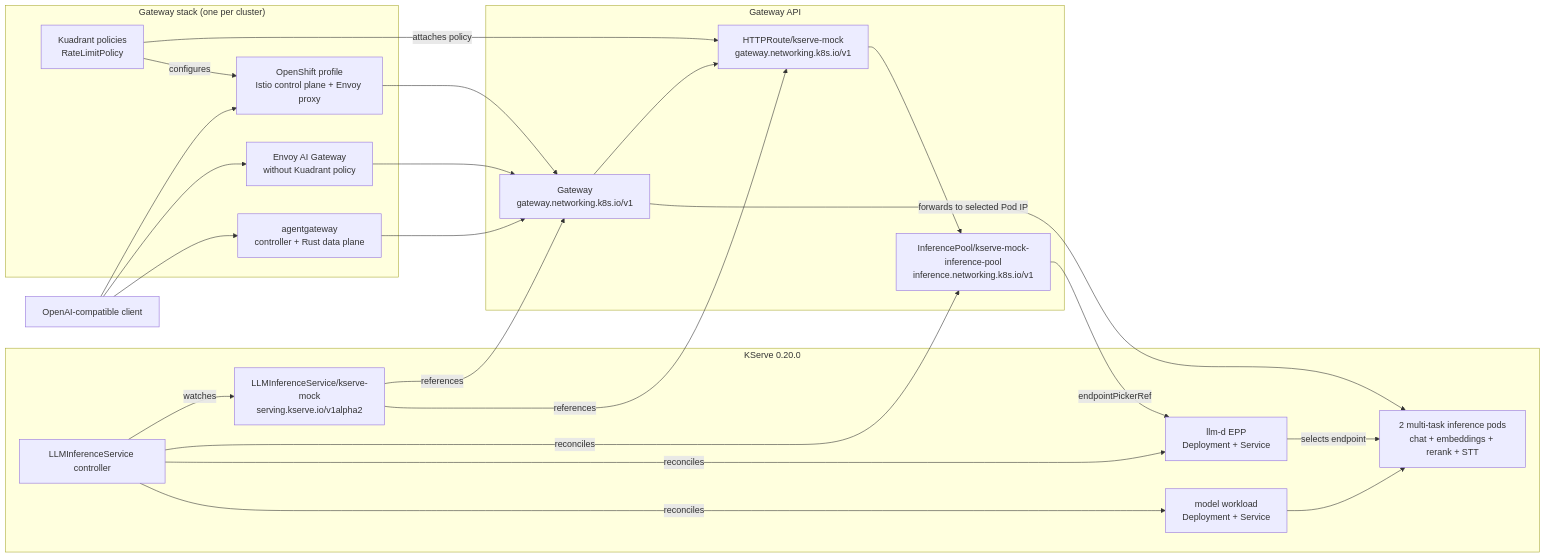
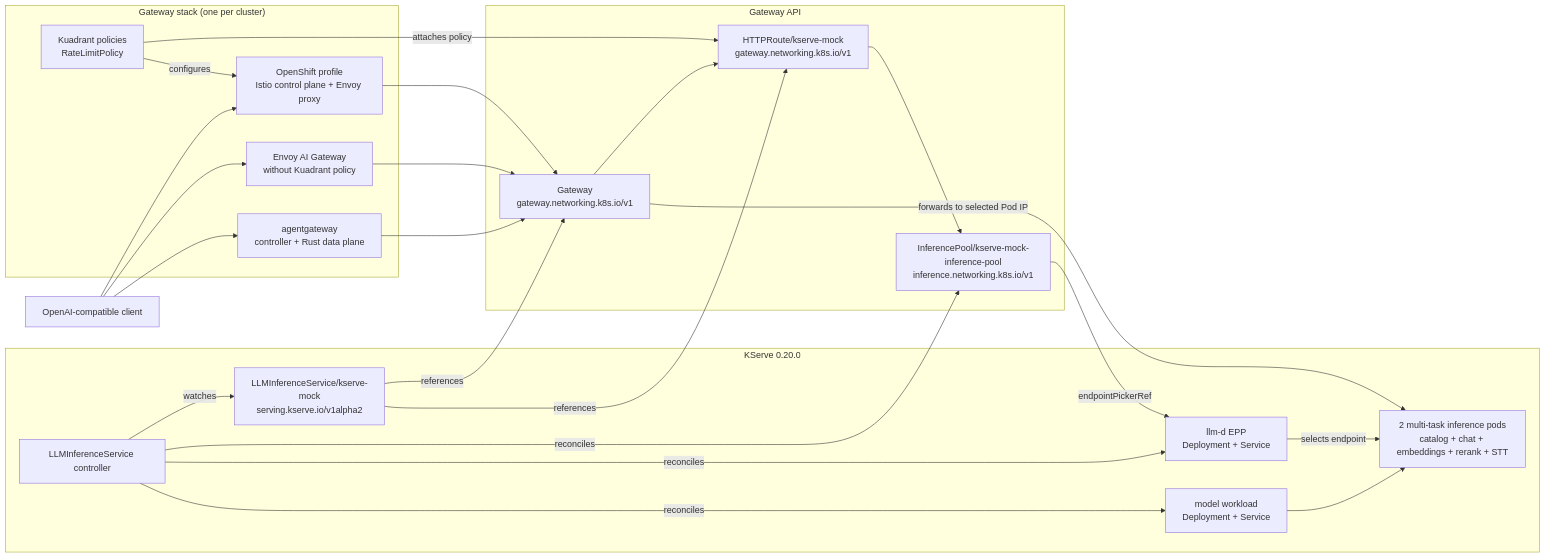
The diagram in README.md (nolimitkun/ai-gateway), drawn with Mermaid before and after one commit. The commit also changed other lines of this file and 15 other files, not shown here.

````diff
--- a/README.md
+++ b/README.md
@@ -180,47 +324,47 @@
 ```mermaid
 flowchart LR
   CLIENT["OpenAI-compatible client"]
 
   subgraph Gateways["Gateway stack (one per cluster)"]
     KU["Kuadrant policies<br/>RateLimitPolicy"]
     KUOS["OpenShift profile<br/>Istio control plane + Envoy proxy"]
     EAIG["Envoy AI Gateway<br/>without Kuadrant policy"]
     AG["agentgateway<br/>controller + Rust data plane"]
   end
 
   subgraph GatewayAPI["Gateway API"]
     GW["Gateway<br/>gateway.networking.k8s.io/v1"]
     ROUTE["HTTPRoute/kserve-mock<br/>gateway.networking.k8s.io/v1"]
     POOL["InferencePool/kserve-mock-inference-pool<br/>inference.networking.k8s.io/v1"]
   end
 
   subgraph KServe["KServe 0.20.0"]
     CTRL["LLMInferenceService controller"]
     LLMISVC["LLMInferenceService/kserve-mock<br/>serving.kserve.io/v1alpha2"]
     EPP["llm-d EPP<br/>Deployment + Service"]
     WORKLOAD["model workload<br/>Deployment + Service"]
-    PODS["2 multi-task inference pods<br/>chat + embeddings + rerank + STT"]
+    PODS["2 multi-task inference pods<br/>catalog + chat + embeddings + rerank + STT"]
   end
 
   KU -->|attaches policy| ROUTE
   KU -->|configures| KUOS
   CLIENT --> KUOS
   CLIENT --> EAIG
   CLIENT --> AG
   KUOS --> GW
   EAIG --> GW
   AG --> GW
   GW --> ROUTE
   ROUTE --> POOL
   POOL -->|endpointPickerRef| EPP
   EPP -->|selects endpoint| PODS
   GW -->|forwards to selected Pod IP| PODS
 
   CTRL -->|watches| LLMISVC
   LLMISVC -->|references| GW
   LLMISVC -->|references| ROUTE
   CTRL -->|reconciles| POOL
   CTRL -->|reconciles| EPP
   CTRL -->|reconciles| WORKLOAD
   WORKLOAD --> PODS
 ```
````
